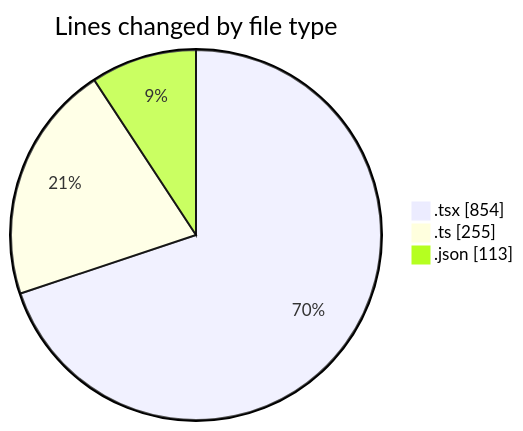
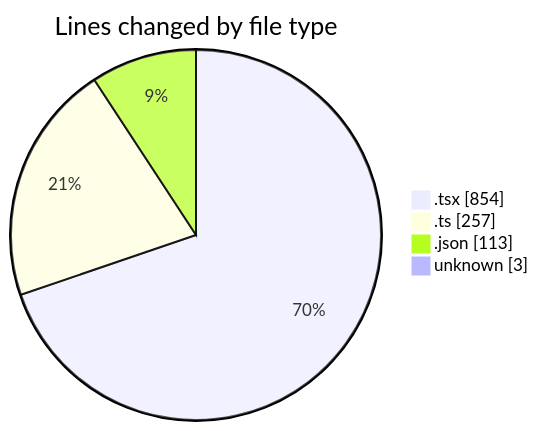
The first of 2 diagrams in 2025-02-23/pdf-analysis-app/README.md (momahboobian/code-tracking), drawn with Mermaid before and after one commit. The commit also changed other lines of this file and 1 other file, not shown here.

````diff
--- a/2025-02-23/pdf-analysis-app/README.md
+++ b/2025-02-23/pdf-analysis-app/README.md
@@ -31,7 +32,8 @@
 ```mermaid
 pie showData
 title Lines changed by file type
 ".tsx" : 854
-".ts" : 255
+".ts" : 257
 ".json" : 113
+"unknown" : 3
 ```
````
